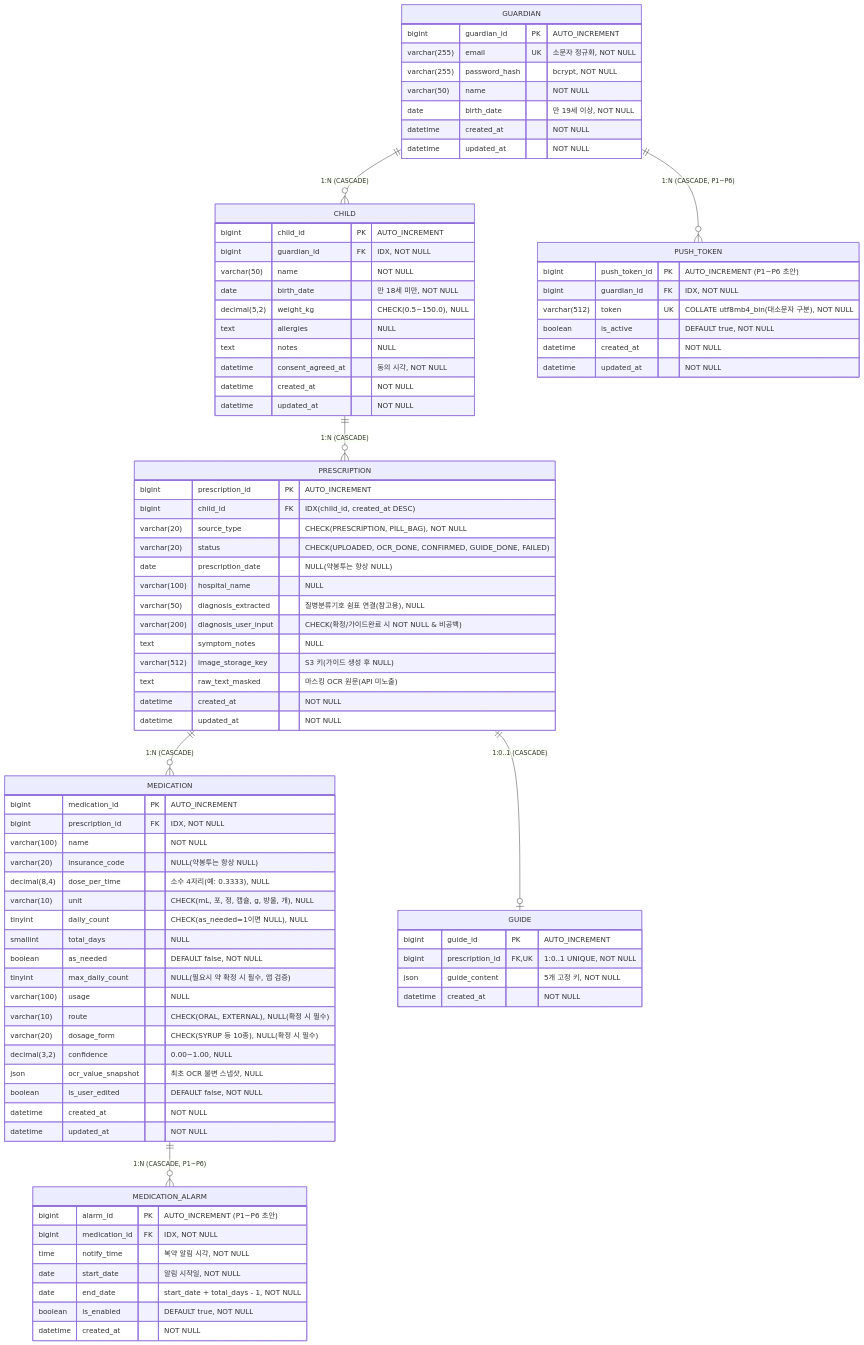
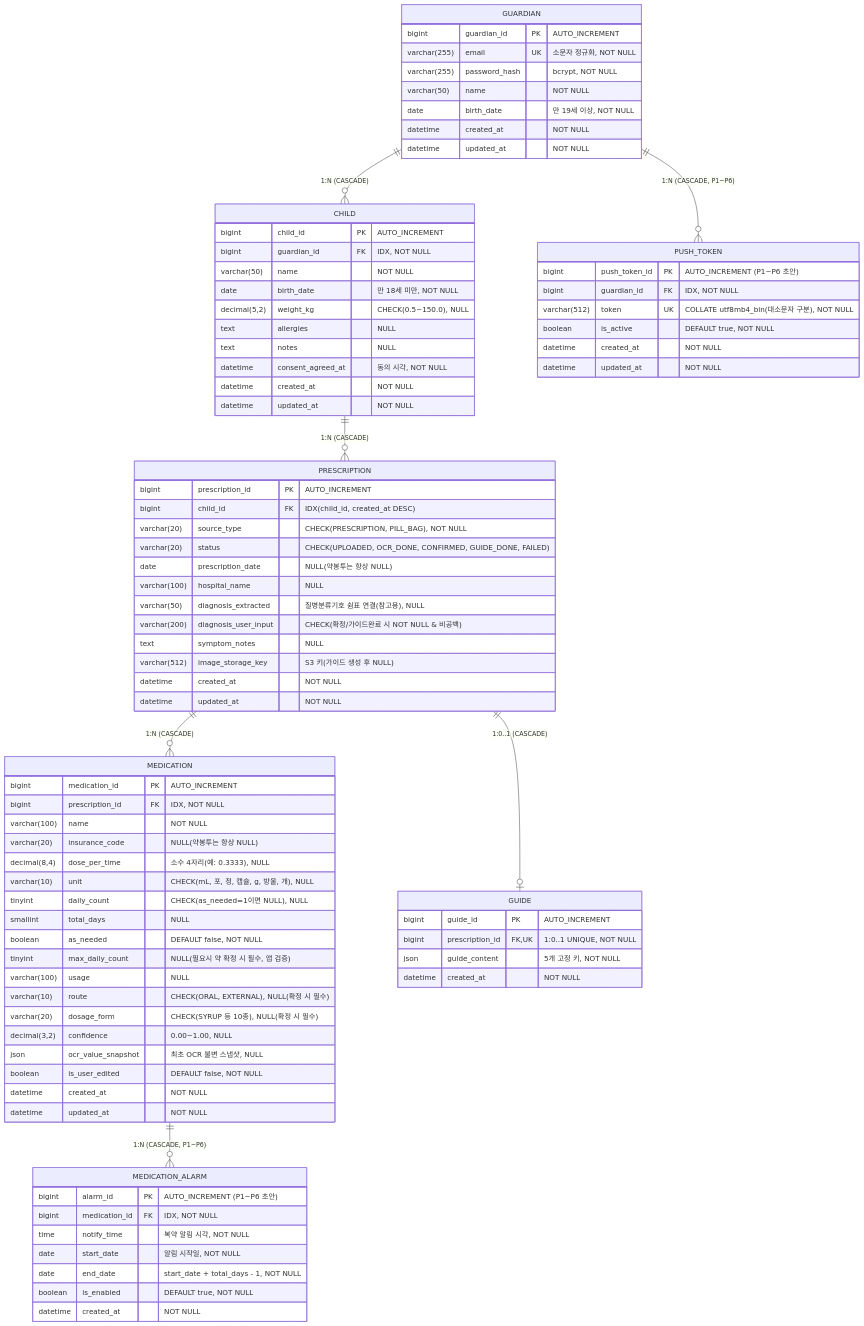
The diagram in docs/PillyMate_ERD_v1.1.md (AI-HealthCare-07/PillyMate), drawn with Mermaid before and after one commit. The commit also changed other lines of this file and 11 other files, not shown here.

```diff
--- a/docs/PillyMate_ERD_v1.1.md
+++ b/docs/PillyMate_ERD_v1.1.md
@@ -54,7 +54,6 @@
         varchar(200) diagnosis_user_input "CHECK(확정/가이드완료 시 NOT NULL & 비공백)"
         text symptom_notes "NULL"
         varchar(512) image_storage_key "S3 키(가이드 생성 후 NULL)"
-        text raw_text_masked "마스킹 OCR 원문(API 미노출)"
         datetime created_at "NOT NULL"
         datetime updated_at "NOT NULL"
     }
```
